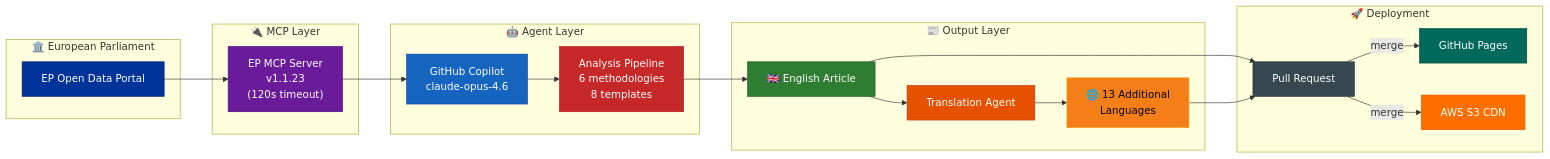
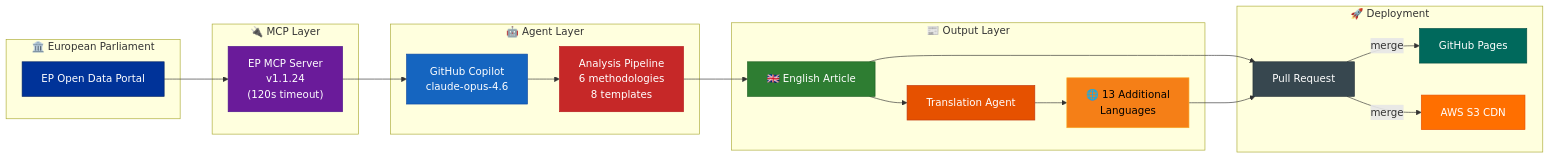
Diagram 21 of 21 in WORKFLOWS.md (Hack23/euparliamentmonitor), drawn with Mermaid before and after one commit. The commit also changed other lines of this file and 29 other files, not shown here.

First line of the commit message:
chore: bump EP MCP server refs to 1.1.24 across workflows and docs

````diff
--- a/WORKFLOWS.md
+++ b/WORKFLOWS.md
@@ -1746,42 +1746,42 @@
 ```mermaid
 flowchart LR
     subgraph "🏛️ European Parliament"
         EP["EP Open Data Portal"]
     end
 
     subgraph "🔌 MCP Layer"
-        MCP["EP MCP Server<br/>v1.1.23<br/>(120s timeout)"]
+        MCP["EP MCP Server<br/>v1.1.24<br/>(120s timeout)"]
     end
 
     subgraph "🤖 Agent Layer"
         Agent["GitHub Copilot<br/>claude-opus-4.6"]
         Analyze["Analysis Pipeline<br/>6 methodologies<br/>8 templates"]
     end
 
     subgraph "📰 Output Layer"
         EN["🇬🇧 English Article"]
         Translate["Translation Agent"]
         Multi["🌐 13 Additional<br/>Languages"]
     end
 
     subgraph "🚀 Deployment"
         PR["Pull Request"]
         Pages["GitHub Pages"]
         S3["AWS S3 CDN"]
     end
 
     EP --> MCP --> Agent --> Analyze --> EN --> PR
     EN --> Translate --> Multi --> PR
     PR --> |"merge"| Pages & S3
 
     style EP fill:#003399,stroke:#002266,color:#FFFFFF
     style MCP fill:#6A1B9A,stroke:#4A148C,color:#FFFFFF
     style Agent fill:#1565C0,stroke:#0D47A1,color:#FFFFFF
     style Analyze fill:#C62828,stroke:#B71C1C,color:#FFFFFF
     style EN fill:#2E7D32,stroke:#1B5E20,color:#FFFFFF
     style Translate fill:#E65100,stroke:#BF360C,color:#FFFFFF
     style Multi fill:#F57F17,stroke:#F9A825,color:#000000
     style PR fill:#37474F,stroke:#263238,color:#FFFFFF
     style Pages fill:#00695C,stroke:#004D40,color:#FFFFFF
     style S3 fill:#FF6F00,stroke:#E65100,color:#FFFFFF
 ```
````
